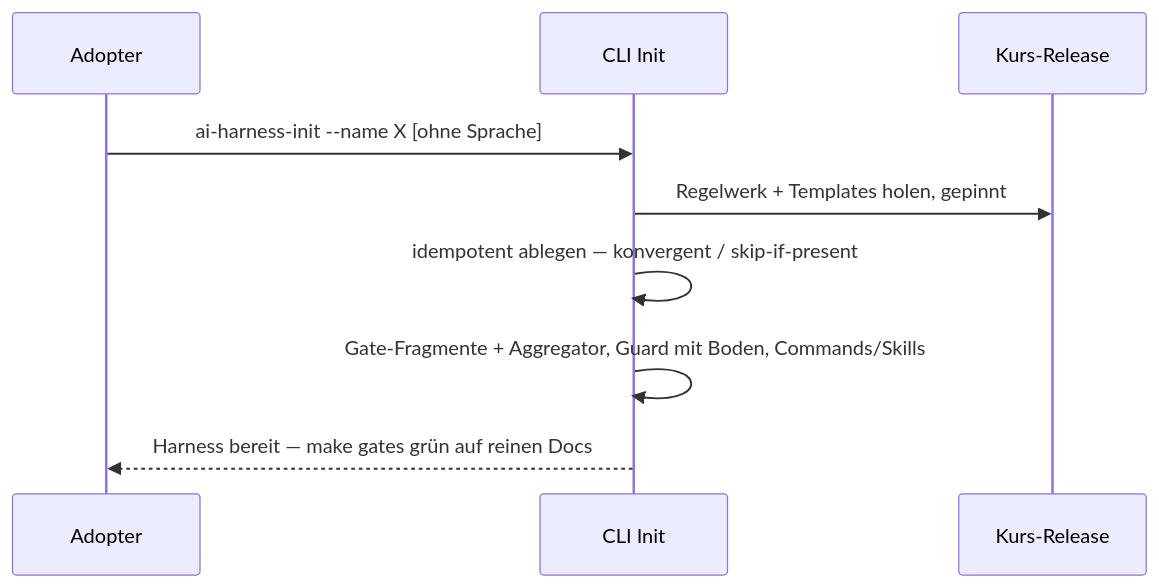
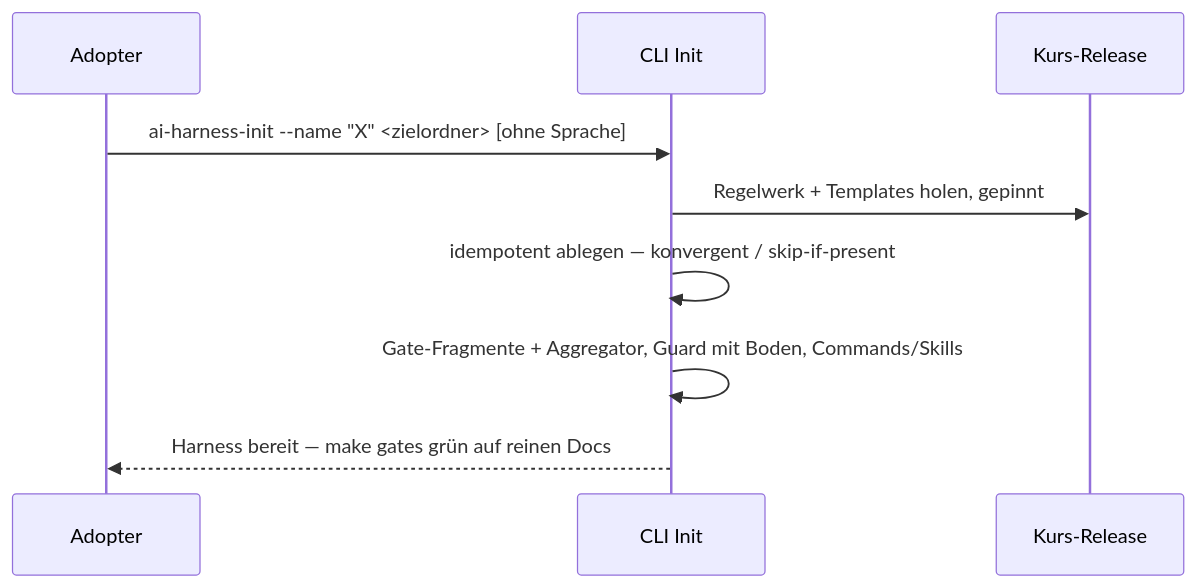
One commit to pt9912/ai-harness-init changed the second of 3 diagrams in spec/architecture.md. Above: the diagram before and after it, drawn with Mermaid. The commit also changed 1 other file, not shown here.

Commit message:
Rolle Planner: CR 0.22.0 -- Aufruf-Form um den Zielordner erweitert, Setzung des Auftraggebers 2026-09-19 (LH-FA-01)

````diff
--- a/spec/architecture.md
+++ b/spec/architecture.md
@@ -116,11 +116,11 @@
 ```mermaid
 sequenceDiagram
     participant U as Adopter
     participant C as CLI Init
     participant R as Kurs-Release
-    U->>C: ai-harness-init --name X   [ohne Sprache]
+    U->>C: ai-harness-init --name "X" <zielordner>   [ohne Sprache]
     C->>R: Regelwerk + Templates holen, gepinnt
     C->>C: idempotent ablegen — konvergent / skip-if-present
     C->>C: Gate-Fragmente + Aggregator, Guard mit Boden, Commands/Skills
     C-->>U: Harness bereit — make gates grün auf reinen Docs
 ```
````
